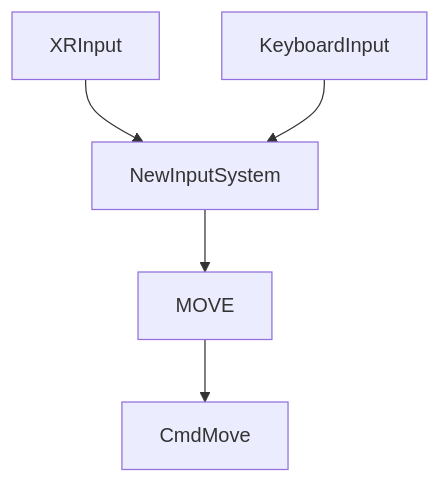
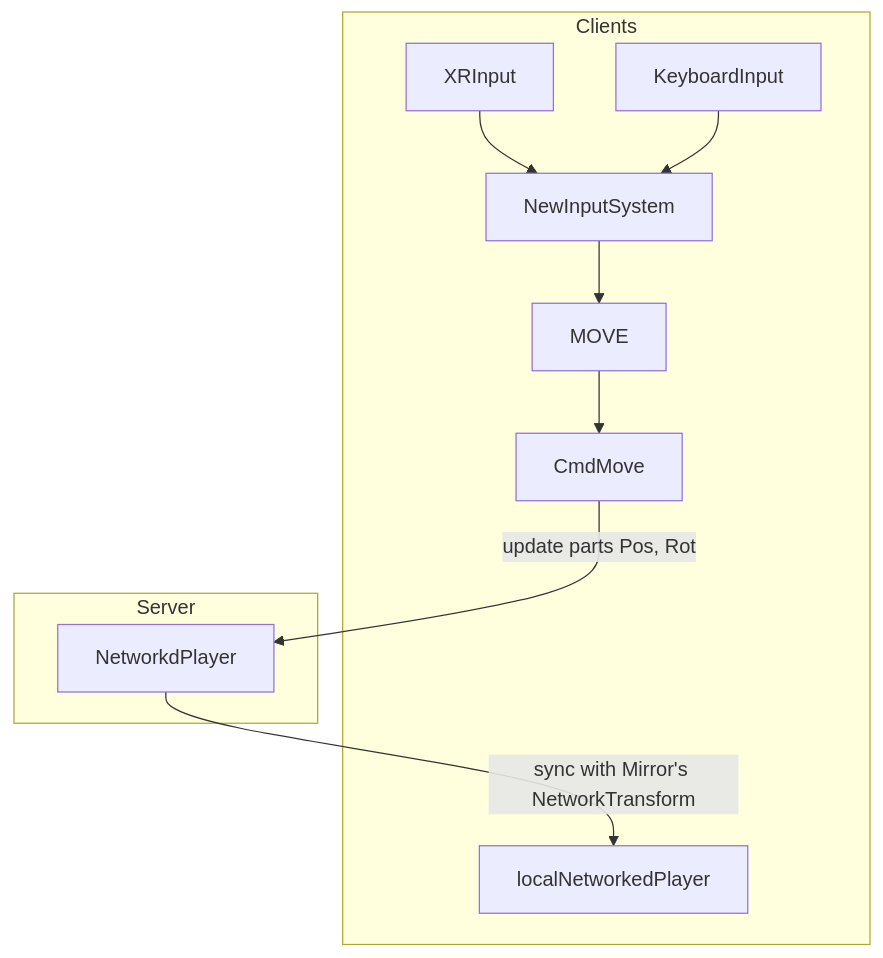
One commit to hyperbting/meta-mirror-playground changed the diagram in README.md. Above: the diagram before and after it, drawn with Mermaid.

````diff
--- a/README.md
+++ b/README.md
@@ -3,7 +3,13 @@
 ```mermaid
 flowchart TD
+    subgraph  Clients
     A[XRInput] --> B[NewInputSystem]
     C[KeyboardInput] --> B[NewInputSystem]
     B --> D[MOVE]
     D --> E[CmdMove]
+    P[localNetworkedPlayer]
+    end
+    subgraph  Server
+    E --update parts Pos, Rot--> F[NetworkdPlayer] -- sync with Mirror's NetworkTransform --> P
+    end
 ```
````
